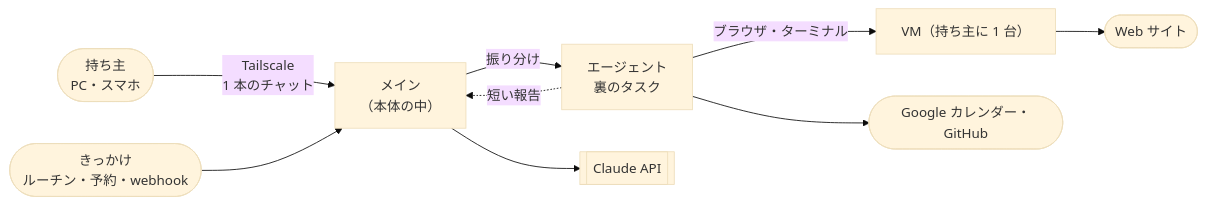
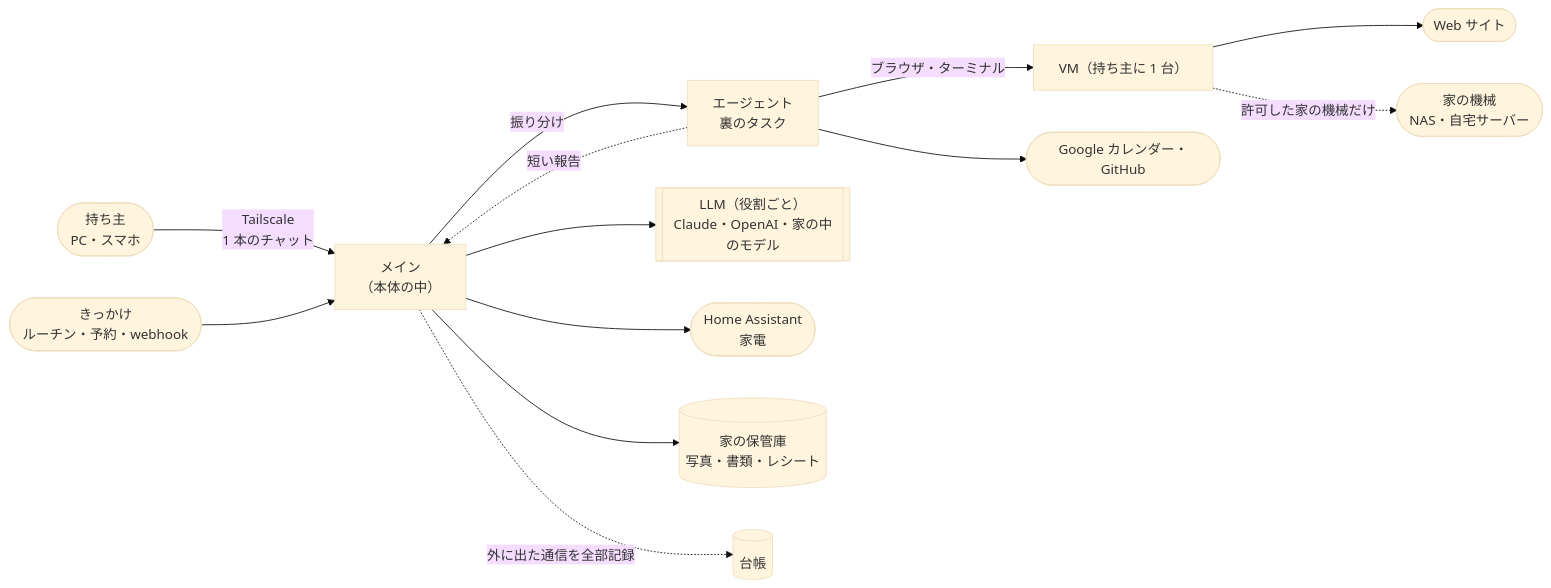
One commit to itiwoja/agent-team changed the diagram in docs/design/00_overview.md. Above: the diagram before and after it, drawn with Mermaid (base theme). The commit also changed other lines of this file and 39 other files, not shown here.

````diff
--- a/docs/design/00_overview.md
+++ b/docs/design/00_overview.md
@@ -13,11 +14,15 @@
 ```mermaid
 flowchart LR
  O(["持ち主<br/>PC・スマホ"]) -->|"Tailscale<br/>1 本のチャット"| M["メイン<br/>（本体の中）"]
  T(["きっかけ<br/>ルーチン・予約・webhook"]) --> M
  M -->|"振り分け"| A["エージェント<br/>裏のタスク"]
  A -.->|"短い報告"| M
  A -->|"ブラウザ・ターミナル"| VM["VM（持ち主に 1 台）"]
  VM --> WEB(["Web サイト"])
- M --> C[["Claude API"]]
+ M --> C[["LLM（役割ごと）<br/>Claude・OpenAI・家の中のモデル"]]
+ M --> HA(["Home Assistant<br/>家電"])
+ M --> V[("家の保管庫<br/>写真・書類・レシート")]
  A --> G(["Google カレンダー・GitHub"])
+ VM -.->|"許可した家の機械だけ"| IN(["家の機械<br/>NAS・自宅サーバー"])
+ M -.->|"外に出た通信を全部記録"| L[("台帳")]
 ```
````
